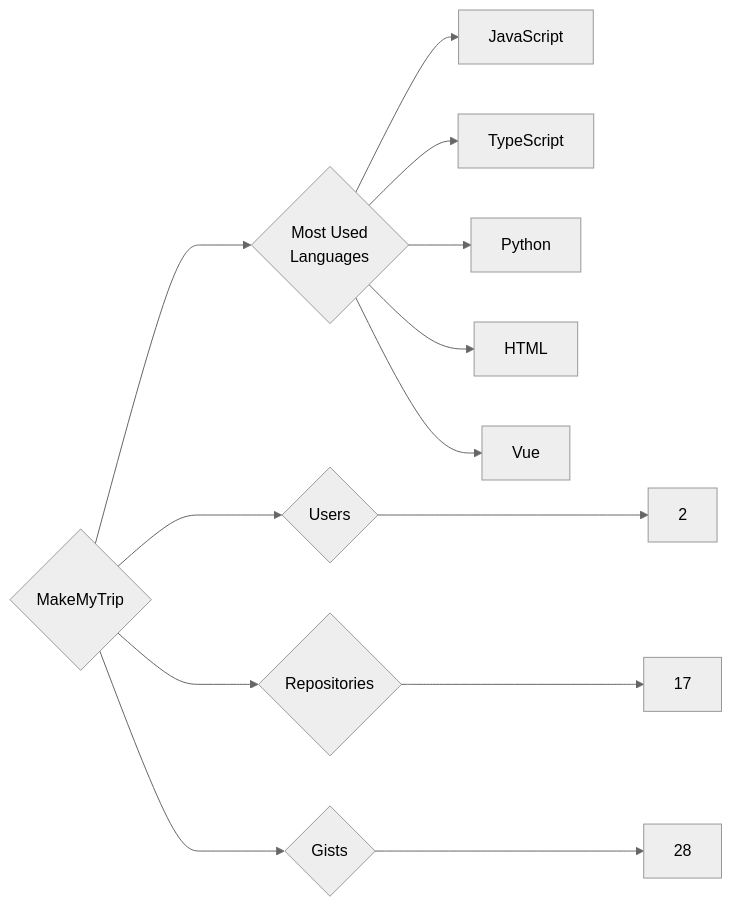
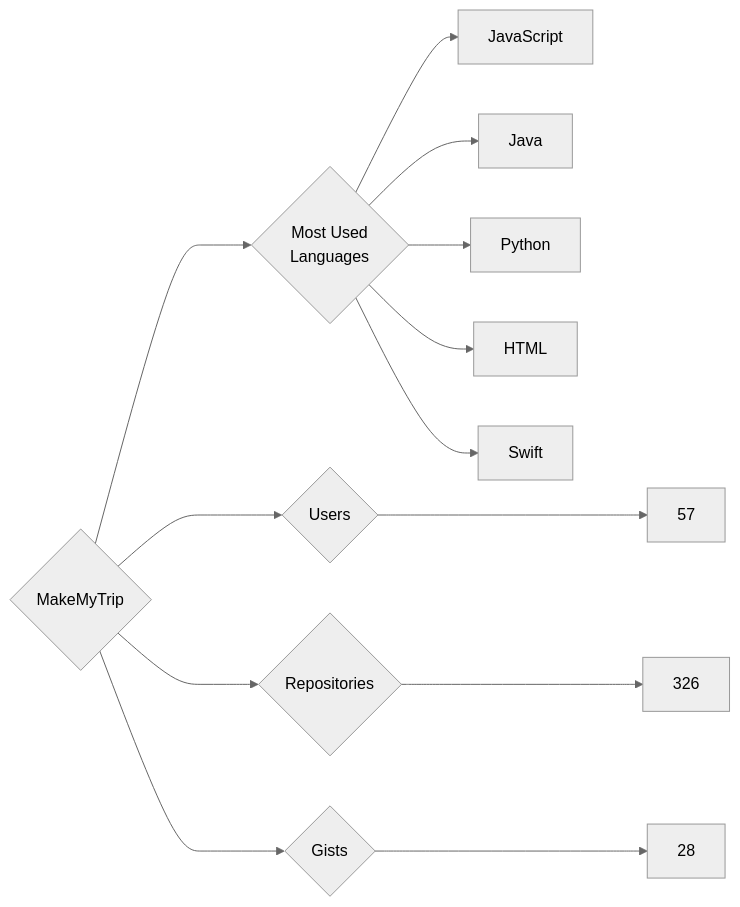
One commit to trickest/insiders changed the diagram in targets/MakeMyTrip/README.md. Above: the diagram before and after it, drawn with Mermaid (neutral theme). The commit also changed 721 other files, not shown here.

````diff
--- a/targets/MakeMyTrip/README.md
+++ b/targets/MakeMyTrip/README.md
@@ -3,13 +3,13 @@
 ```mermaid
 graph LR
 COMPANY_NAME{MakeMyTrip}
-COMPANY_NAME ---> U{Users} ---> UN[2]
-COMPANY_NAME ---> R{Repositories} ---> RN[17]
+COMPANY_NAME ---> U{Users} ---> UN[57]
+COMPANY_NAME ---> R{Repositories} ---> RN[326]
 COMPANY_NAME ---> G{Gists} ---> GN[28]
 COMPANY_NAME ---> ML{Most Used<br>Languages}
 ML --> JavaScript[JavaScript]
-ML --> TypeScript[TypeScript]
+ML --> Java[Java]
 ML --> Python[Python]
 ML --> HTML[HTML]
-ML --> Vue[Vue]
+ML --> Swift[Swift]
 ```
````
